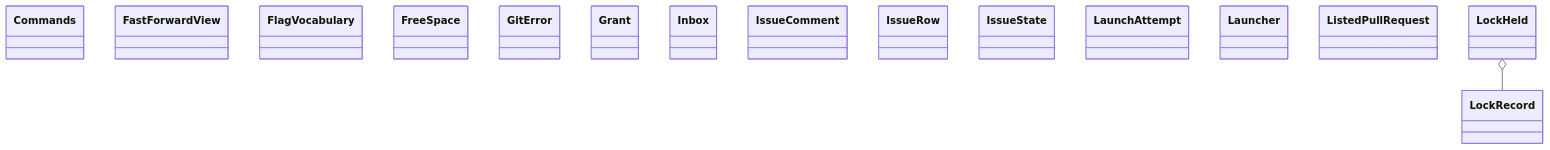
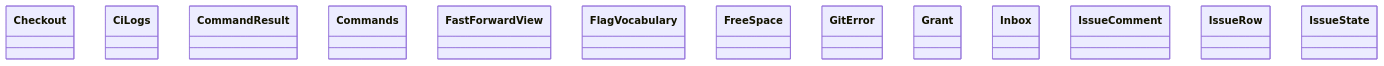
One commit to GonzaloZevallos/agentic-system changed the diagram in docs/architecture/generated/classes-process-application-support-2.md. Above: the diagram before and after it, drawn with Mermaid. The commit also changed other lines of this file and 15 other files, not shown here.

````diff
--- a/docs/architecture/generated/classes-process-application-support-2.md
+++ b/docs/architecture/generated/classes-process-application-support-2.md
@@ -15,19 +16,16 @@
 ```mermaid
 classDiagram
+    class ports__Checkout["Checkout"]
+    class ports__CiLogs["CiLogs"]
+    class ports__CommandResult["CommandResult"]
     class ports__Commands["Commands"]
     class ports__FastForwardView["FastForwardView"]
     class ports__FlagVocabulary["FlagVocabulary"]
     class ports__FreeSpace["FreeSpace"]
     class ports__GitError["GitError"]
     class ports__Grant["Grant"]
     class ports__Inbox["Inbox"]
     class ports__IssueComment["IssueComment"]
     class ports__IssueRow["IssueRow"]
     class ports__IssueState["IssueState"]
-    class ports__LaunchAttempt["LaunchAttempt"]
-    class ports__Launcher["Launcher"]
-    class ports__ListedPullRequest["ListedPullRequest"]
-    class ports__LockHeld["LockHeld"]
-    class ports__LockRecord["LockRecord"]
-    ports__LockHeld o-- ports__LockRecord
 ```
````
